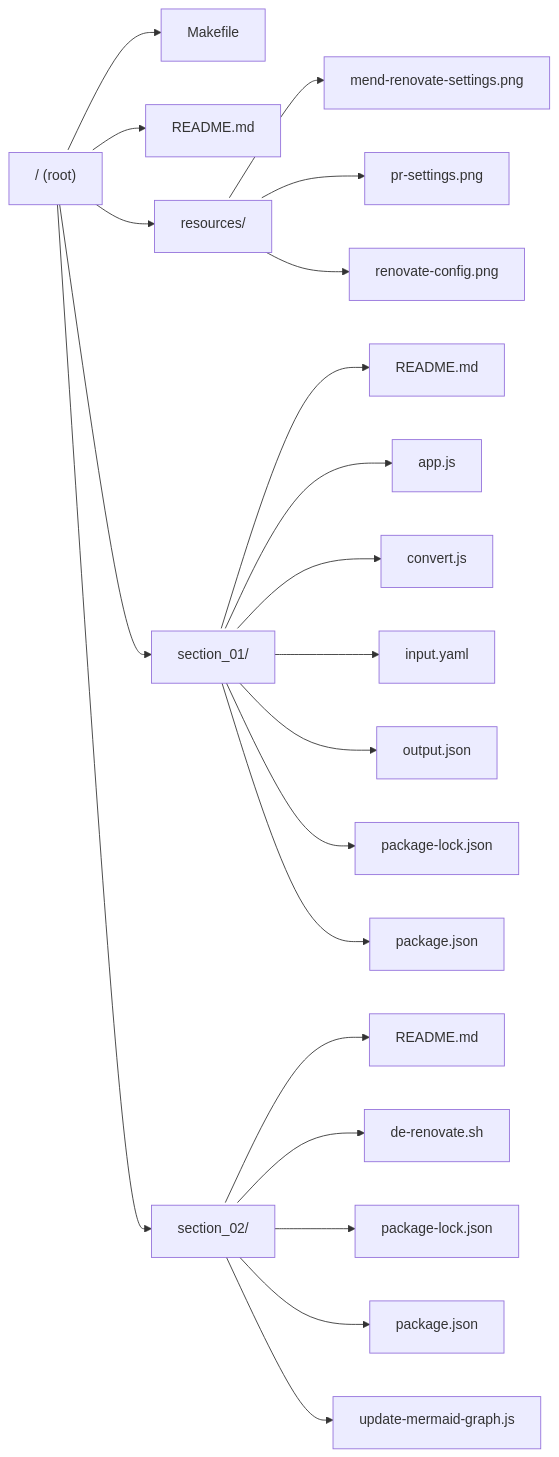
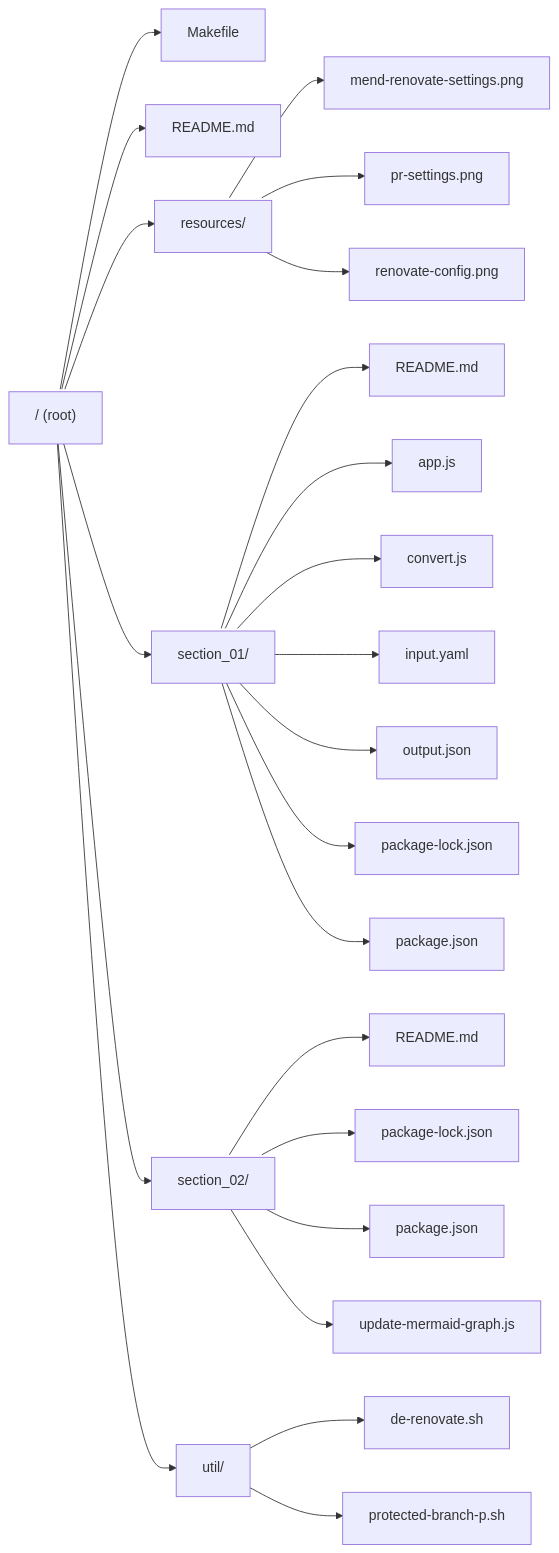
The diagram in README.md (allenhub-net/The--Complete--Github--Actions--and--Workflows--Guide), drawn with Mermaid before and after one commit.

Commit message:
chore: update Mermaid graph in README.md

````diff
--- a/README.md
+++ b/README.md
@@ -108,28 +108,30 @@
 ```mermaid
 
 %% Repository Structure
 graph LR;
     %% Double vertical spacing
     classDef doubledSpacing height:60px;
     ROOT["/ (root)"]:::doubledSpacing
     ROOT --> ._MAKEFILE["Makefile"]:::doubledSpacing
     ROOT --> ._READMEMD["README.md"]:::doubledSpacing
     ROOT --> ._RESOURCES["resources/"]:::doubledSpacing
     ._RESOURCES --> .RESOURCES_MENDRENOVATESETTINGSPNG["mend-renovate-settings.png"]:::doubledSpacing
     ._RESOURCES --> .RESOURCES_PRSETTINGSPNG["pr-settings.png"]:::doubledSpacing
     ._RESOURCES --> .RESOURCES_RENOVATECONFIGPNG["renovate-config.png"]:::doubledSpacing
     ROOT --> ._SECTION_01["section_01/"]:::doubledSpacing
     ._SECTION_01 --> .SECTION_01_READMEMD["README.md"]:::doubledSpacing
     ._SECTION_01 --> .SECTION_01_APPJS["app.js"]:::doubledSpacing
     ._SECTION_01 --> .SECTION_01_CONVERTJS["convert.js"]:::doubledSpacing
     ._SECTION_01 --> .SECTION_01_INPUTYAML["input.yaml"]:::doubledSpacing
     ._SECTION_01 --> .SECTION_01_OUTPUTJSON["output.json"]:::doubledSpacing
     ._SECTION_01 --> .SECTION_01_PACKAGELOCKJSON["package-lock.json"]:::doubledSpacing
     ._SECTION_01 --> .SECTION_01_PACKAGEJSON["package.json"]:::doubledSpacing
     ROOT --> ._SECTION_02["section_02/"]:::doubledSpacing
     ._SECTION_02 --> .SECTION_02_READMEMD["README.md"]:::doubledSpacing
-    ._SECTION_02 --> .SECTION_02_DERENOVATESH["de-renovate.sh"]:::doubledSpacing
     ._SECTION_02 --> .SECTION_02_PACKAGELOCKJSON["package-lock.json"]:::doubledSpacing
     ._SECTION_02 --> .SECTION_02_PACKAGEJSON["package.json"]:::doubledSpacing
     ._SECTION_02 --> .SECTION_02_UPDATEMERMAIDGRAPHJS["update-mermaid-graph.js"]:::doubledSpacing
+    ROOT --> ._UTIL["util/"]:::doubledSpacing
+    ._UTIL --> .UTIL_DERENOVATESH["de-renovate.sh"]:::doubledSpacing
+    ._UTIL --> .UTIL_PROTECTEDBRANCHPSH["protected-branch-p.sh"]:::doubledSpacing
 ```
````
